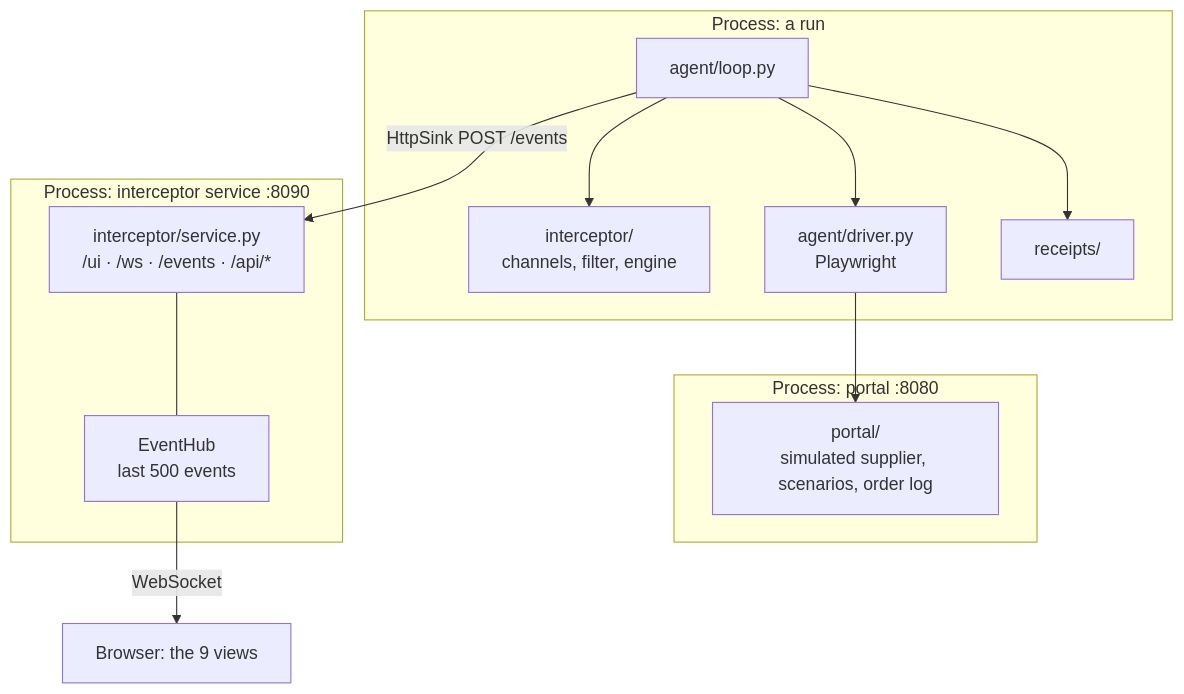
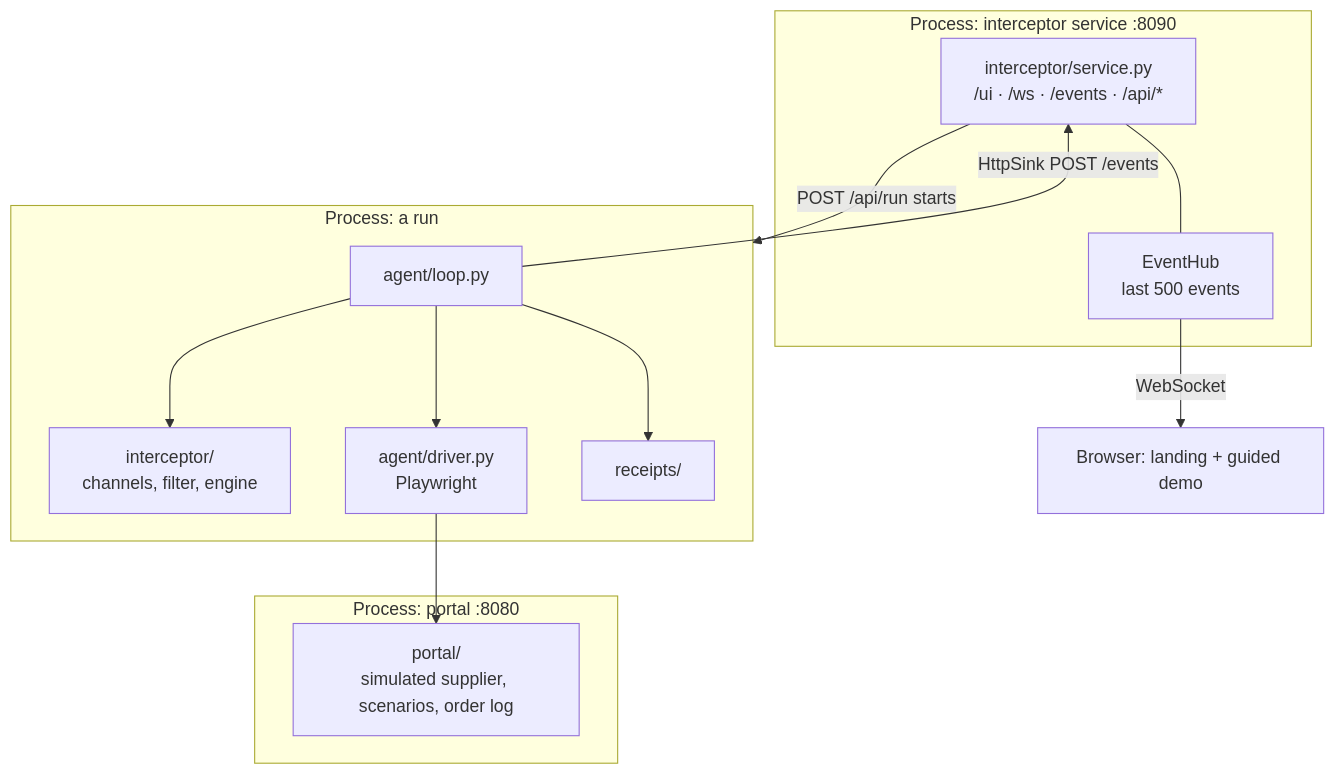
The third of 3 diagrams in README.md (corefex/testigoCorefex), drawn with Mermaid before and after one commit. The commit also changed other lines of this file and 12 other files, not shown here.

First line of the commit message:
UI: a landing that explains TESTIGO+, then a four-step guided demo

````diff
--- a/README.md
+++ b/README.md
@@ -168,19 +168,20 @@
 ```mermaid
 flowchart TB
     subgraph proc1["Process: portal :8080"]
         portal["portal/<br/>simulated supplier, scenarios, order log"]
     end
     subgraph proc2["Process: interceptor service :8090"]
         svc["interceptor/service.py<br/>/ui · /ws · /events · /api/*"]
         hub["EventHub<br/>last 500 events"]
         svc --- hub
     end
     subgraph proc3["Process: a run"]
         loop["agent/loop.py"] --> eng["interceptor/<br/>channels, filter, engine"]
         loop --> drv["agent/driver.py<br/>Playwright"]
         loop --> rec["receipts/"]
         loop -->|HttpSink POST /events| svc
     end
     drv --> portal
-    hub -->|WebSocket| ui["Browser: the 9 views"]
+    hub -->|WebSocket| ui["Browser: landing + guided demo"]
+    svc -->|POST /api/run starts| proc3
 ```
````
